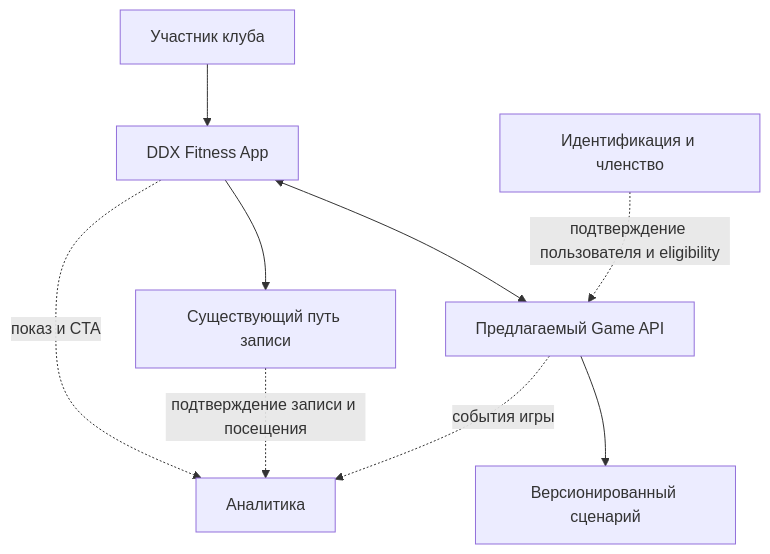
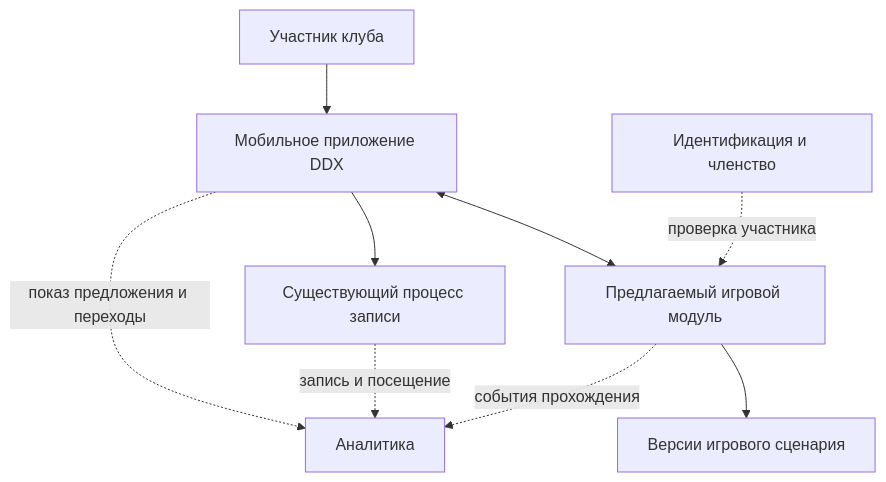
One commit to spicerrr/ddx-first-approach changed the first of 3 diagrams in first-set/sa/README.md. Above: the diagram before and after it, drawn with Mermaid. The commit also changed other lines of this file, not shown here.

````diff
--- a/first-set/sa/README.md
+++ b/first-set/sa/README.md
@@ -11,11 +11,11 @@
 ```mermaid
 flowchart TB
-    U[Участник клуба] --> APP[DDX Fitness App]
-    APP <--> G[Предлагаемый Game API]
-    G --> C[Версионированный сценарий]
-    APP --> B[Существующий путь записи]
-    I[Идентификация и членство] -. подтверждение пользователя и eligibility .-> G
-    APP -. показ и CTA .-> A[Аналитика]
-    G -. события игры .-> A
-    B -. подтверждение записи и посещения .-> A
+    U[Участник клуба] --> APP[Мобильное приложение DDX]
+    APP <--> G[Предлагаемый игровой модуль]
+    G --> C[Версии игрового сценария]
+    APP --> B[Существующий процесс записи]
+    I[Идентификация и членство] -. проверка участника .-> G
+    APP -. показ предложения и переходы .-> A[Аналитика]
+    G -. события прохождения .-> A
+    B -. запись и посещение .-> A
 ```
````
